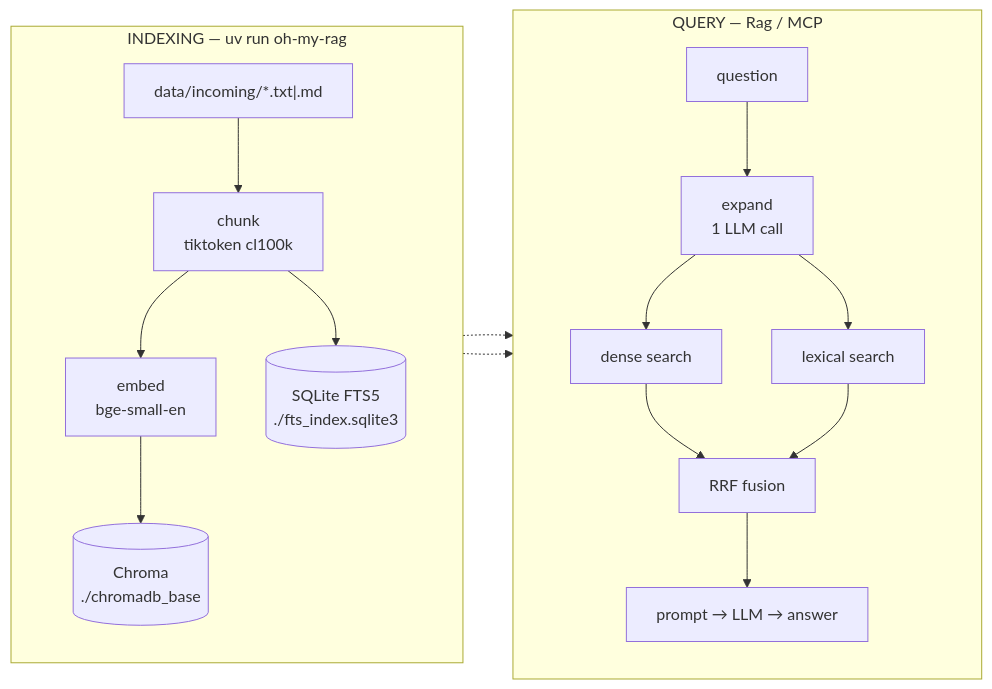
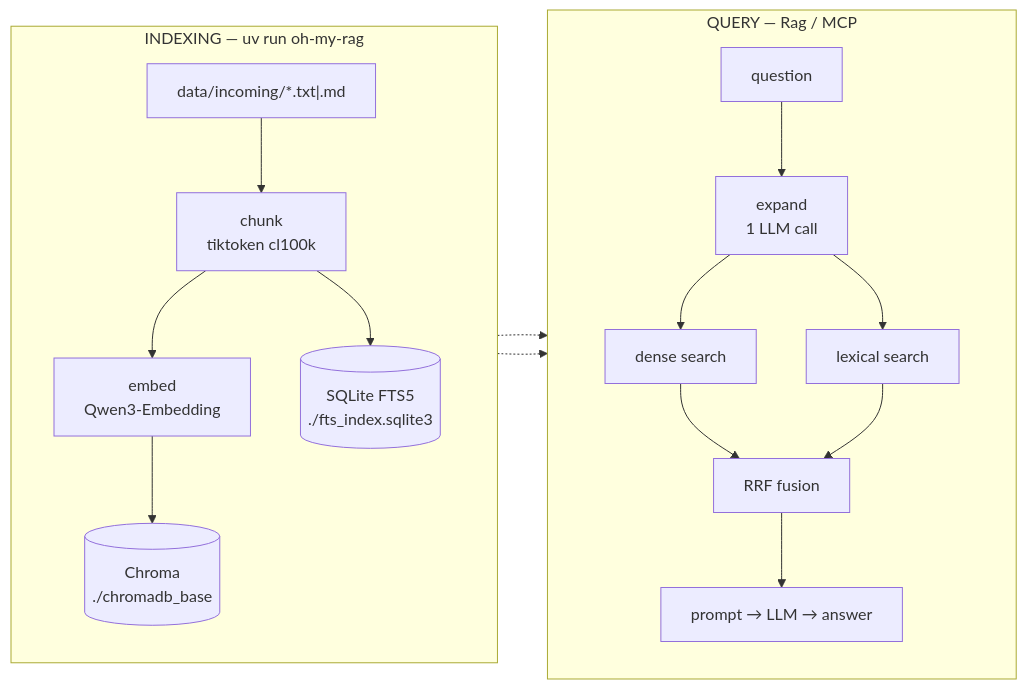
The diagram in HOW_IT_WORKS.md (epic-dev/oh-my-rag), drawn with Mermaid before and after one commit. The commit also changed other lines of this file and 14 other files, not shown here.

````diff
--- a/HOW_IT_WORKS.md
+++ b/HOW_IT_WORKS.md
@@ -20,23 +20,23 @@
 ```mermaid
 flowchart LR
     subgraph idx ["INDEXING — uv run oh-my-rag"]
         direction TB
         D["data/incoming/*.txt|.md"] --> C["chunk<br/>tiktoken cl100k"]
-        C --> E["embed<br/>bge-small-en"]
+        C --> E["embed<br/>Qwen3-Embedding"]
         E --> S1[("Chroma<br/>./chromadb_base")]
         C --> S2[("SQLite FTS5<br/>./fts_index.sqlite3")]
     end
 
     subgraph qry ["QUERY — Rag / MCP"]
         direction TB
         Q["question"] --> X["expand<br/>1 LLM call"]
         X --> V["dense search"]
         X --> F["lexical search"]
         V --> R["RRF fusion"]
         F --> R
         R --> A["prompt → LLM → answer"]
     end
 
     S1 -.-> V
     S2 -.-> F
 ```
````
